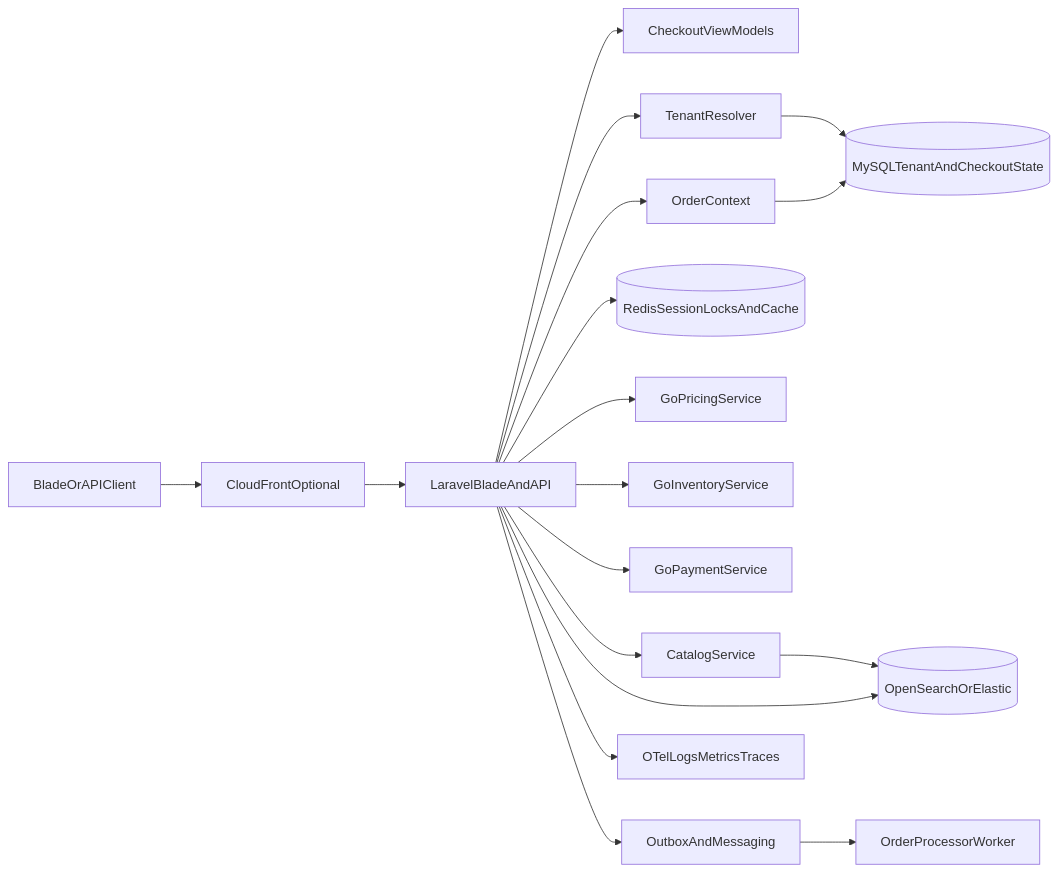
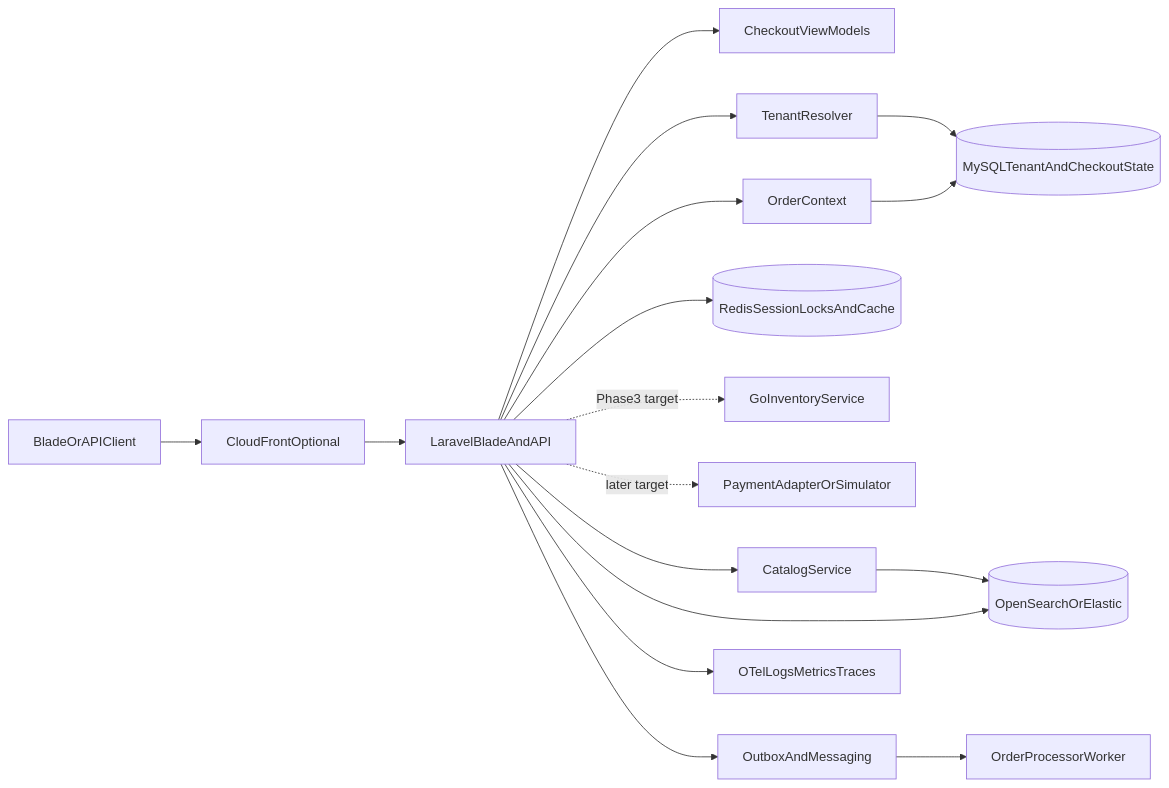
Before and after one commit to ankit-singhal87/checkout-orchestration-service: the second of 2 diagrams in docs/design/checkout-mvp-architecture-design.md, drawn with Mermaid. The commit also changed other lines of this file and 14 other files, not shown here.

````diff
--- a/docs/design/checkout-mvp-architecture-design.md
+++ b/docs/design/checkout-mvp-architecture-design.md
@@ -105,20 +105,19 @@
 ```mermaid
 flowchart LR
   Client[BladeOrAPIClient] --> Edge[CloudFrontOptional]
   Edge --> CheckoutApi[LaravelBladeAndAPI]
   CheckoutApi --> ViewModels[CheckoutViewModels]
   CheckoutApi --> TenantResolver[TenantResolver]
   TenantResolver --> MySQL[(MySQLTenantAndCheckoutState)]
   CheckoutApi --> Catalog[CatalogService]
   Catalog --> Search[(OpenSearchOrElastic)]
   CheckoutApi --> Redis[(RedisSessionLocksAndCache)]
-  CheckoutApi --> Pricing[GoPricingService]
-  CheckoutApi --> Inventory[GoInventoryService]
-  CheckoutApi --> Payment[GoPaymentService]
+  CheckoutApi -. Phase3 target .-> Inventory[GoInventoryService]
+  CheckoutApi -. later target .-> Payment[PaymentAdapterOrSimulator]
   CheckoutApi --> Order[OrderContext]
   CheckoutApi --> Events[OutboxAndMessaging]
   Events --> Worker[OrderProcessorWorker]
   Order --> MySQL
   CheckoutApi --> Search[(OpenSearchOrElastic)]
   CheckoutApi --> Observability[OTelLogsMetricsTraces]
 ```
````
